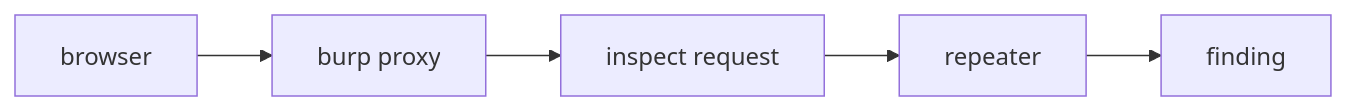
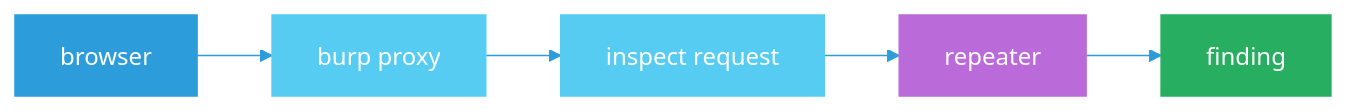
The eighth of 8 diagrams in Graphs/Security-IR-Diagrams.md (444Nazky/My-Vault), drawn with Mermaid before and after one commit. The commit also changed other lines of this file and 15 other files, not shown here.

````diff
--- a/Graphs/Security-IR-Diagrams.md
+++ b/Graphs/Security-IR-Diagrams.md
@@ -93,7 +131,13 @@
 ```mermaid
+%%{init: {'theme': 'default', 'themeVariables': { 'primaryColor': '#2D9CDB', 'lineColor': '#2D9CDB'}}}%%
 flowchart LR
  BROWSER["browser"] --> PROXY["burp proxy"]
  PROXY --> REQ["inspect request"]
  REQ --> REPLAY["repeater"]
  REPLAY --> FIND["finding"]
+ style BROWSER fill:#2D9CDB,stroke:#2D9CDB,color:#fff
+ style PROXY fill:#56CCF2,stroke:#56CCF2,color:#fff
+ style REQ fill:#56CCF2,stroke:#56CCF2,color:#fff
+ style REPLAY fill:#BB6BD9,stroke:#BB6BD9,color:#fff
+ style FIND fill:#27AE60,stroke:#27AE60,color:#fff
 ```
````
